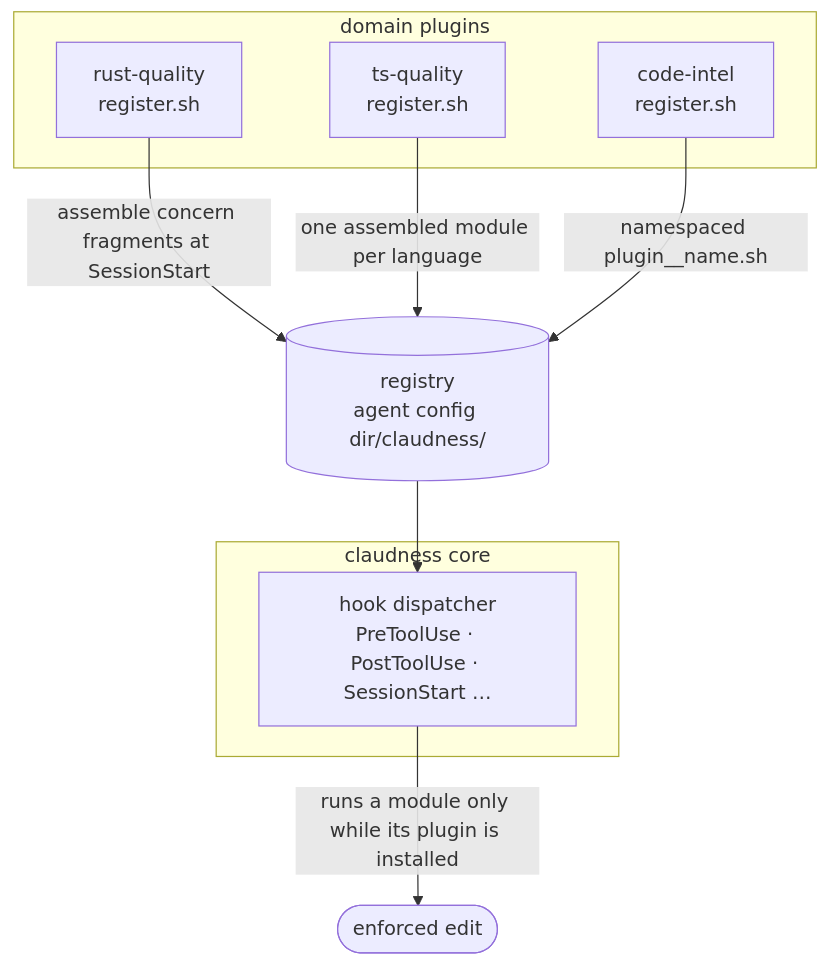
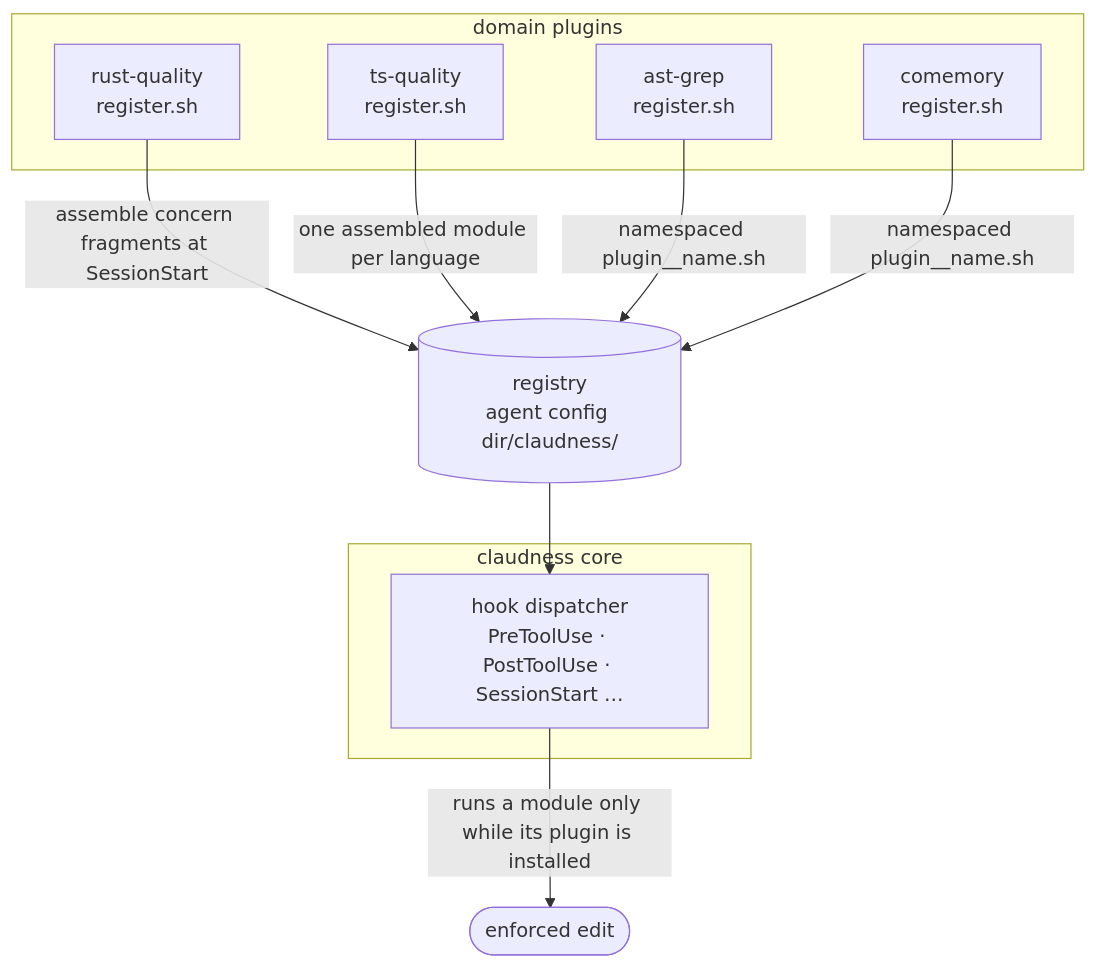
One commit to Falconiere/claudness changed the second of 2 diagrams in README.md. Above: the diagram before and after it, drawn with Mermaid. The commit also changed other lines of this file and 41 other files, not shown here.

First line of the commit message:
refactor(plugins): split code-intel into ast-grep + comemory

````diff
--- a/README.md
+++ b/README.md
@@ -162,16 +164,18 @@
 ```mermaid
 flowchart TD
     subgraph core["claudness core"]
         D["hook dispatcher<br/>PreToolUse · PostToolUse · SessionStart …"]
     end
     subgraph plugins["domain plugins"]
         RQ["rust-quality<br/>register.sh"]
         TQ["ts-quality<br/>register.sh"]
-        CI["code-intel<br/>register.sh"]
+        AG["ast-grep<br/>register.sh"]
+        CM["comemory<br/>register.sh"]
     end
     RQ -- "assemble concern fragments at SessionStart" --> R[("registry<br/>agent config dir/claudness/")]
     TQ -- "one assembled module per language" --> R
-    CI -- "namespaced plugin__name.sh" --> R
+    AG -- "namespaced plugin__name.sh" --> R
+    CM -- "namespaced plugin__name.sh" --> R
     R --> D
     D -- "runs a module only while its plugin is installed" --> OUT([enforced edit])
 ```
````
